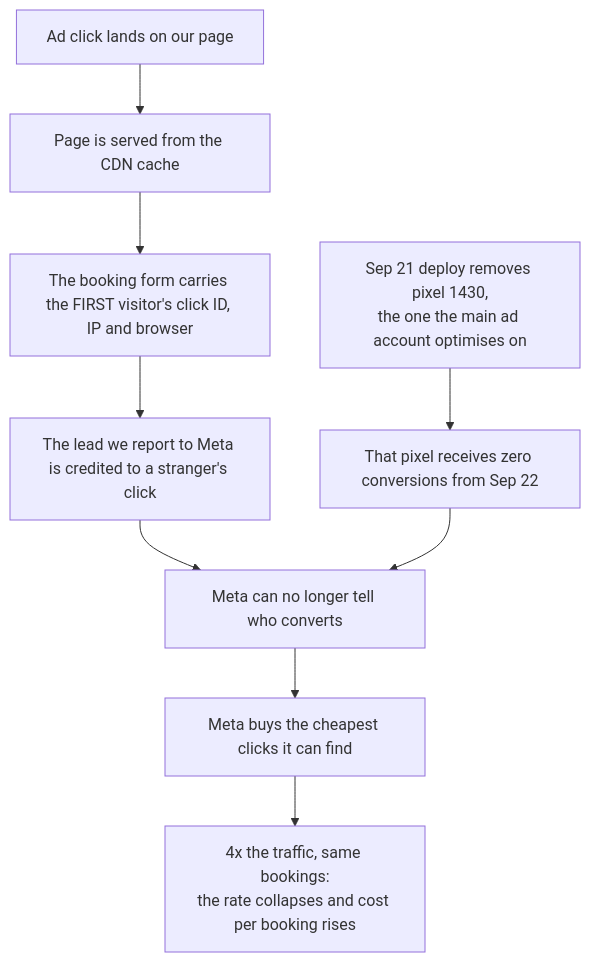
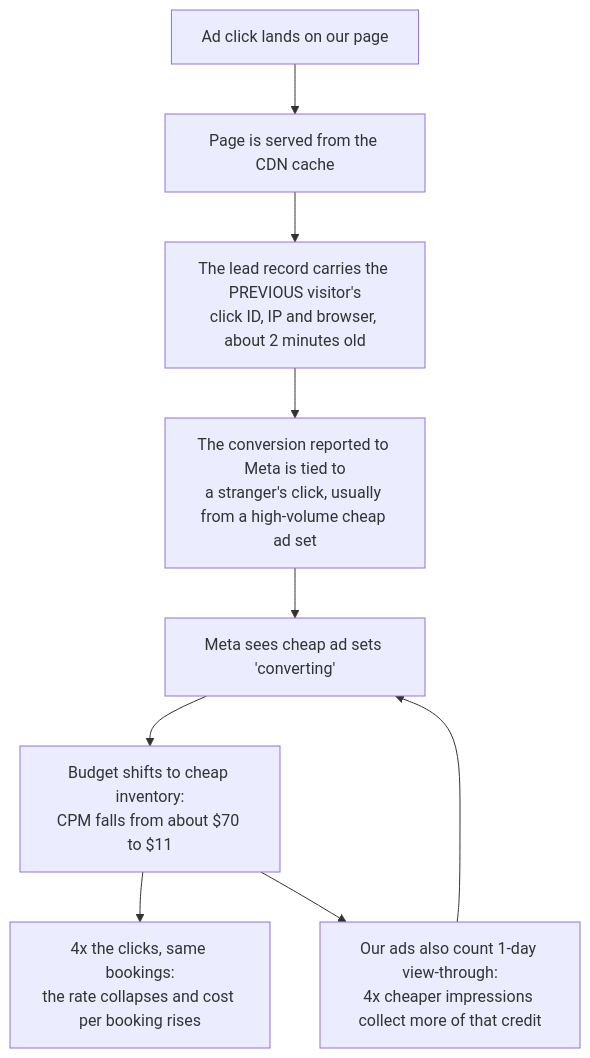
One commit to Remote-Leverage/remote-leverage-website-modernization changed the fifth of 6 diagrams in web/app/themes/remote-leverage/docs/booking-rate-ceo-brief-2026-09-25.md. Above: the diagram before and after it, drawn with Mermaid. The commit also changed other lines of this file and 1 other file, not shown here.

Commit message:
docs: correct the booking-rate root cause - ads optimise on custom conversion 1361, not pixel 1430

````diff
--- a/web/app/themes/remote-leverage/docs/booking-rate-ceo-brief-2026-09-25.md
+++ b/web/app/themes/remote-leverage/docs/booking-rate-ceo-brief-2026-09-25.md
@@ -70,11 +84,11 @@
 ```mermaid
 flowchart TD
     A["Ad click lands on our page"] --> B["Page is served from the CDN cache"]
-    B --> C["The booking form carries the FIRST visitor's click ID, IP and browser"]
-    C --> D["The lead we report to Meta is credited to a stranger's click"]
-    E["Sep 21 deploy removes pixel 1430,<br/>the one the main ad account optimises on"] --> F["That pixel receives zero conversions from Sep 22"]
-    D --> G["Meta can no longer tell who converts"]
-    F --> G
-    G --> H["Meta buys the cheapest clicks it can find"]
-    H --> I["4x the traffic, same bookings:<br/>the rate collapses and cost per booking rises"]
+    B --> C["The lead record carries the PREVIOUS visitor's<br/>click ID, IP and browser, about 2 minutes old"]
+    C --> D["The conversion reported to Meta is tied to<br/>a stranger's click, usually from a high-volume cheap ad set"]
+    V["Our ads also count 1-day view-through:<br/>4x cheaper impressions collect more of that credit"] --> E
+    D --> E["Meta sees cheap ad sets 'converting'"]
+    E --> F["Budget shifts to cheap inventory:<br/>CPM falls from about $70 to $11"]
+    F --> G["4x the clicks, same bookings:<br/>the rate collapses and cost per booking rises"]
+    F --> V
 ```
````
